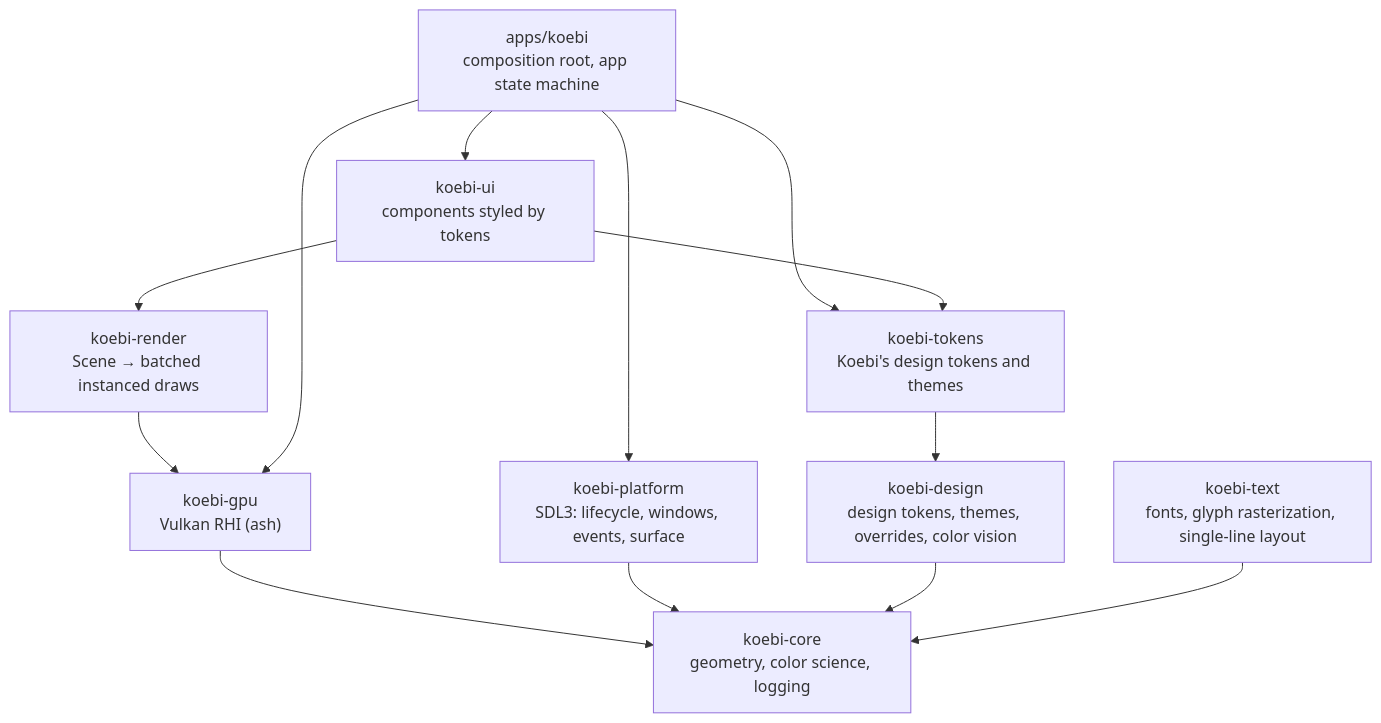
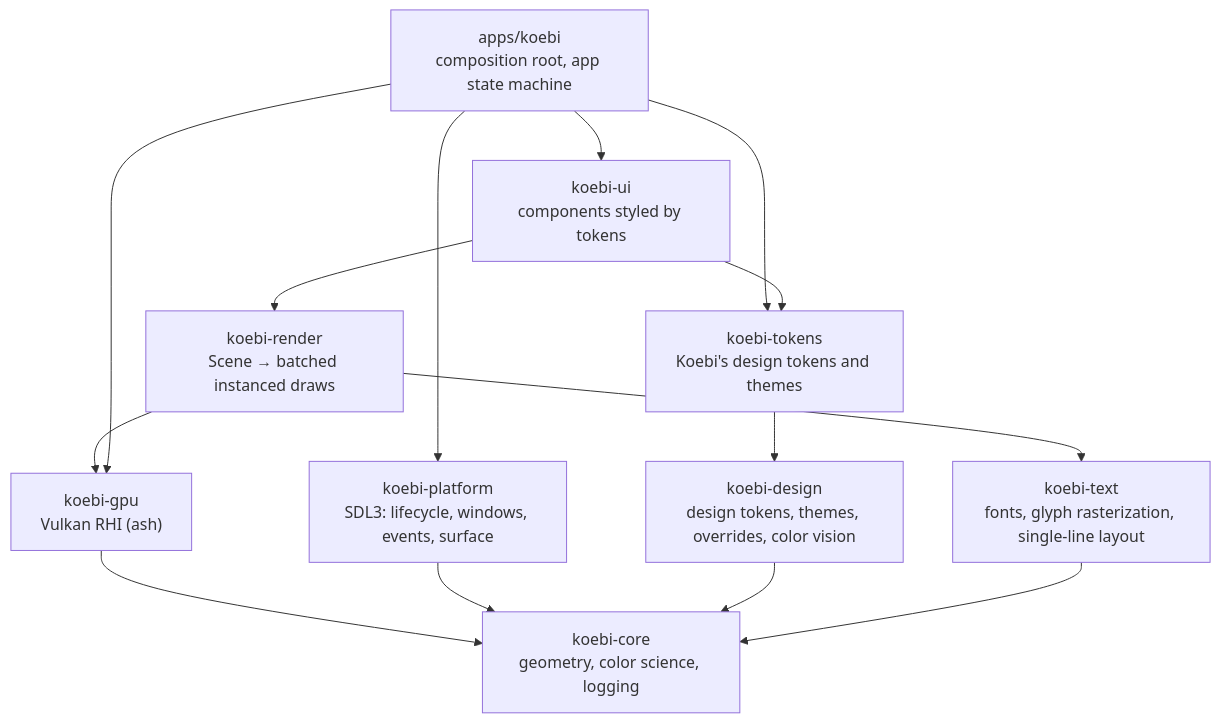
Before and after one commit to Kolosta/Koebi: the first of 2 diagrams in docs/architecture/overview.md, drawn with Mermaid. The commit also changed other lines of this file and 26 other files, not shown here.

Commit message:
feat(render): draw text from a glyph atlas (#86)

````diff
--- a/docs/architecture/overview.md
+++ b/docs/architecture/overview.md
@@ -8,18 +8,19 @@
 ```mermaid
 flowchart TD
     app["apps/koebi<br/>composition root, app state machine"]
     ui["koebi-ui<br/>components styled by tokens"]
     render["koebi-render<br/>Scene → batched instanced draws"]
     gpu["koebi-gpu<br/>Vulkan RHI (ash)"]
     platform["koebi-platform<br/>SDL3: lifecycle, windows, events, surface"]
     tokens["koebi-tokens<br/>Koebi's design tokens and themes"]
     design["koebi-design<br/>design tokens, themes, overrides, color vision"]
     text["koebi-text<br/>fonts, glyph rasterization, single-line layout"]
     core["koebi-core<br/>geometry, color science, logging"]
     app --> ui --> render --> gpu --> core
+    render --> text
     app --> platform --> core
     app --> gpu
     app --> tokens
     ui --> tokens --> design --> core
     text --> core
 ```
````
